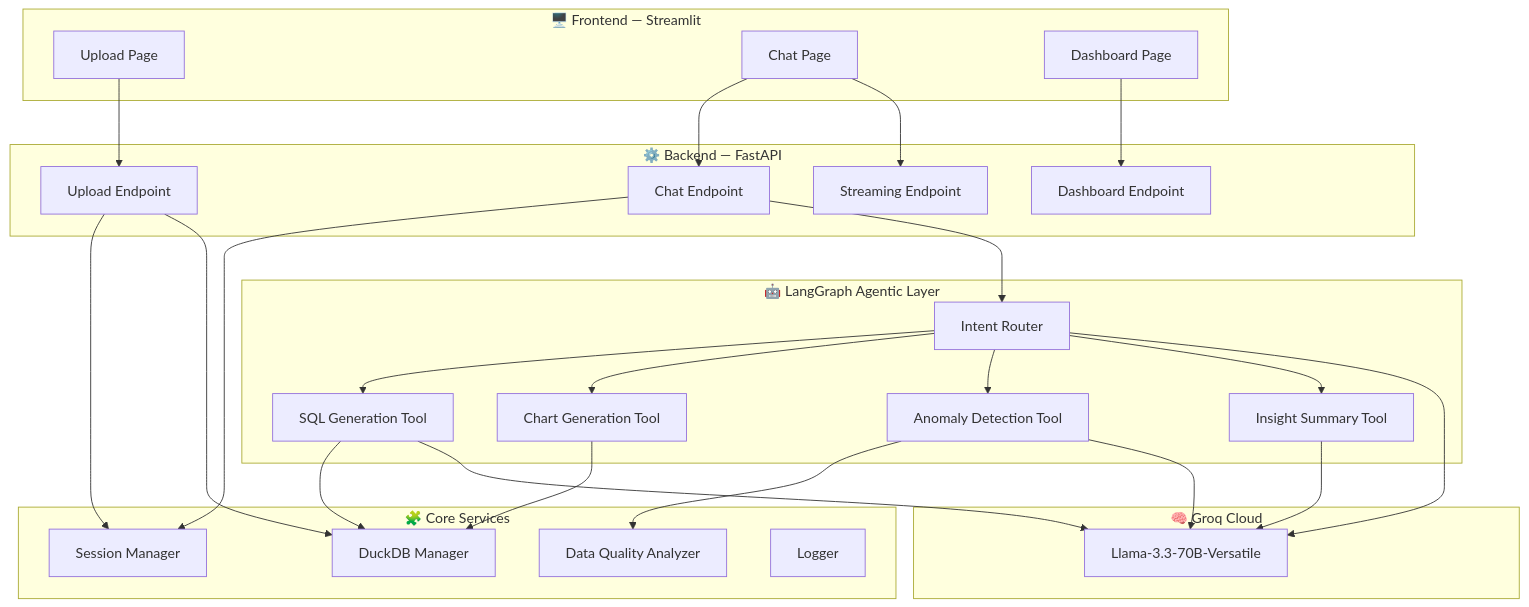
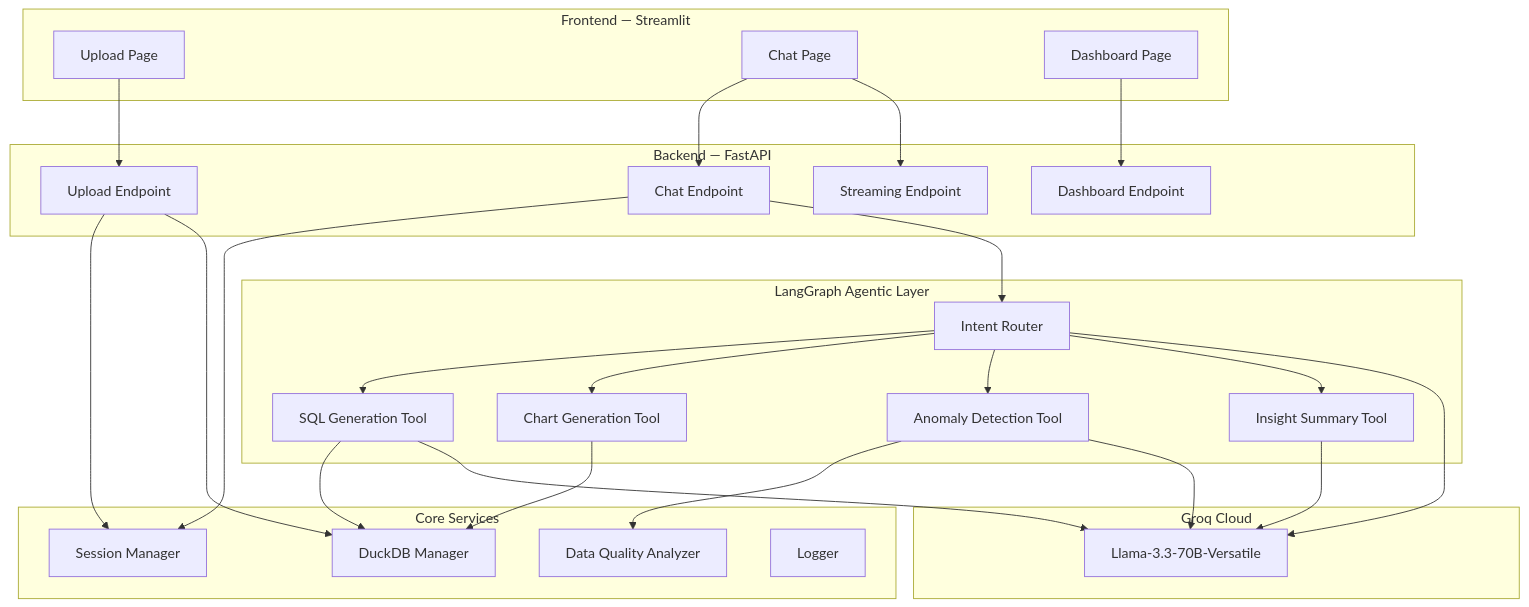
One commit to Harsh28-raj/agentic-ai-data-analyst changed the first of 2 diagrams in README.md. Above: the diagram before and after it, drawn with Mermaid. The commit also changed other lines of this file, not shown here.

````diff
--- a/README.md
+++ b/README.md
@@ -249,54 +261,54 @@
 ```mermaid
 graph TB
-    subgraph Client["🖥️ Frontend — Streamlit"]
+    subgraph Client["Frontend — Streamlit"]
         A[Upload Page]
         B[Chat Page]
         C[Dashboard Page]
     end
 
-    subgraph API["⚙️ Backend — FastAPI"]
+    subgraph API["Backend — FastAPI"]
         D[Upload Endpoint]
         E[Chat Endpoint]
         F[Dashboard Endpoint]
         G[Streaming Endpoint]
     end
 
-    subgraph Core["🧩 Core Services"]
+    subgraph Core["Core Services"]
         H[Session Manager]
         I[DuckDB Manager]
         J[Data Quality Analyzer]
         K[Logger]
     end
 
-    subgraph Agent["🤖 LangGraph Agentic Layer"]
+    subgraph Agent["LangGraph Agentic Layer"]
         L[Intent Router]
         M[SQL Generation Tool]
         N[Chart Generation Tool]
         O[Anomaly Detection Tool]
         P[Insight Summary Tool]
     end
 
-    subgraph LLM["🧠 Groq Cloud"]
+    subgraph LLM["Groq Cloud"]
         Q[Llama-3.3-70B-Versatile]
     end
 
     A --> D
     B --> E
     B --> G
     C --> F
     D --> H
     D --> I
     E --> H
     E --> L
     L --> M
     L --> N
     L --> O
     L --> P
     M --> I
     N --> I
     O --> J
     L --> Q
     M --> Q
     O --> Q
     P --> Q
 ```
````
